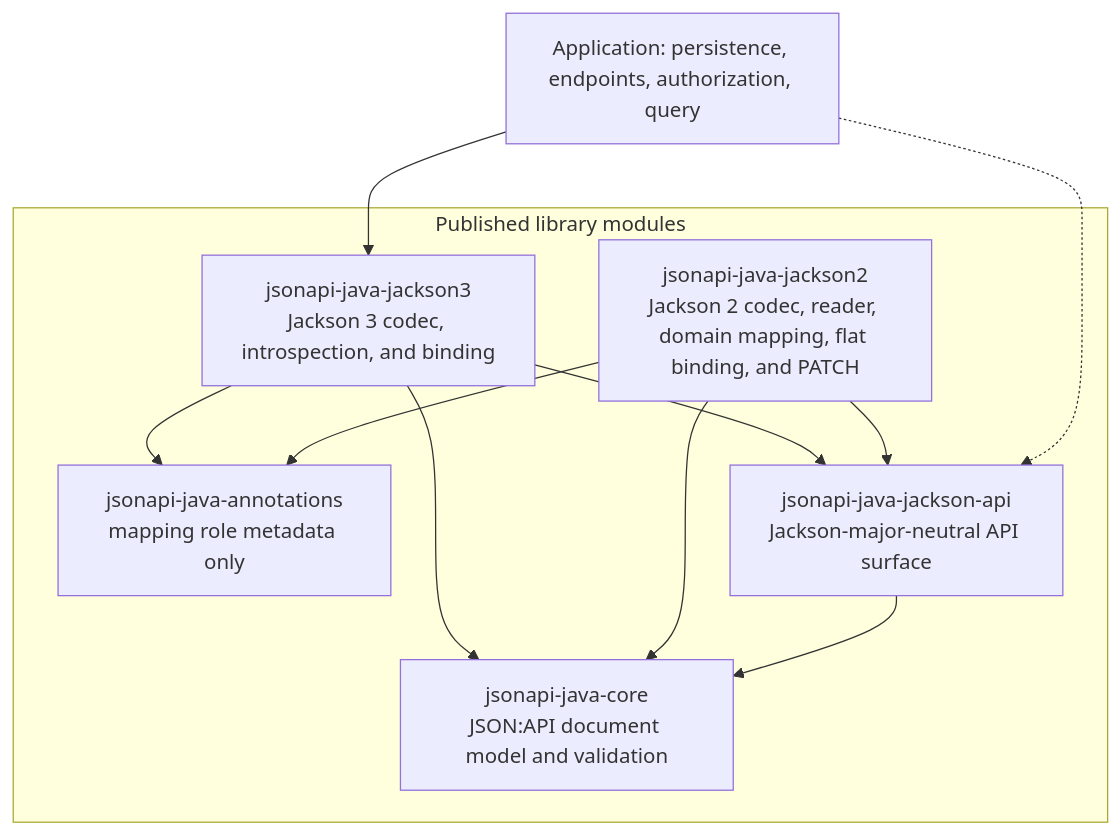
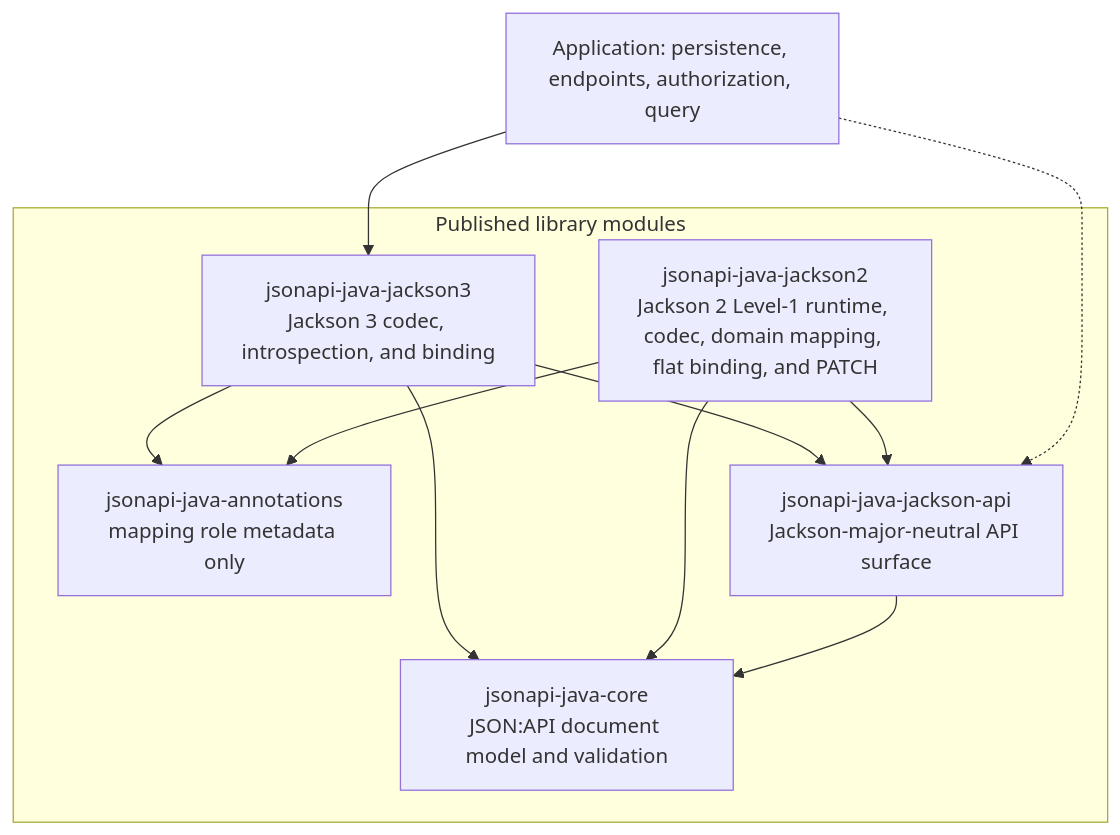
The first of 6 diagrams in docs/architecture.md (kazforge/jsonapi-java), drawn with Mermaid before and after one commit. The commit also changed other lines of this file and 20 other files, not shown here.

Commit message:
feat(jackson2): add Level-1 application runtime

````diff
--- a/docs/architecture.md
+++ b/docs/architecture.md
@@ -29,22 +28,22 @@
 ```mermaid
 flowchart TB
   subgraph published["Published library modules"]
     CORE["jsonapi-java-core<br/>JSON:API document model and validation"]
     ANN["jsonapi-java-annotations<br/>mapping role metadata only"]
     COMMON["jsonapi-java-jackson-api<br/>Jackson-major-neutral API surface"]
     J3["jsonapi-java-jackson3<br/>Jackson 3 codec, introspection, and binding"]
-    J2["jsonapi-java-jackson2<br/>Jackson 2 codec, reader, domain mapping, flat binding, and PATCH"]
+    J2["jsonapi-java-jackson2<br/>Jackson 2 Level-1 runtime, codec, domain mapping, flat binding, and PATCH"]
   end
 
   APP["Application: persistence, endpoints, authorization, query"]
 
   J3 --> COMMON
   J3 --> CORE
   J3 --> ANN
   J2 --> COMMON
   J2 --> CORE
   J2 --> ANN
   COMMON --> CORE
   APP --> J3
   APP -.-> COMMON
 ```
````
